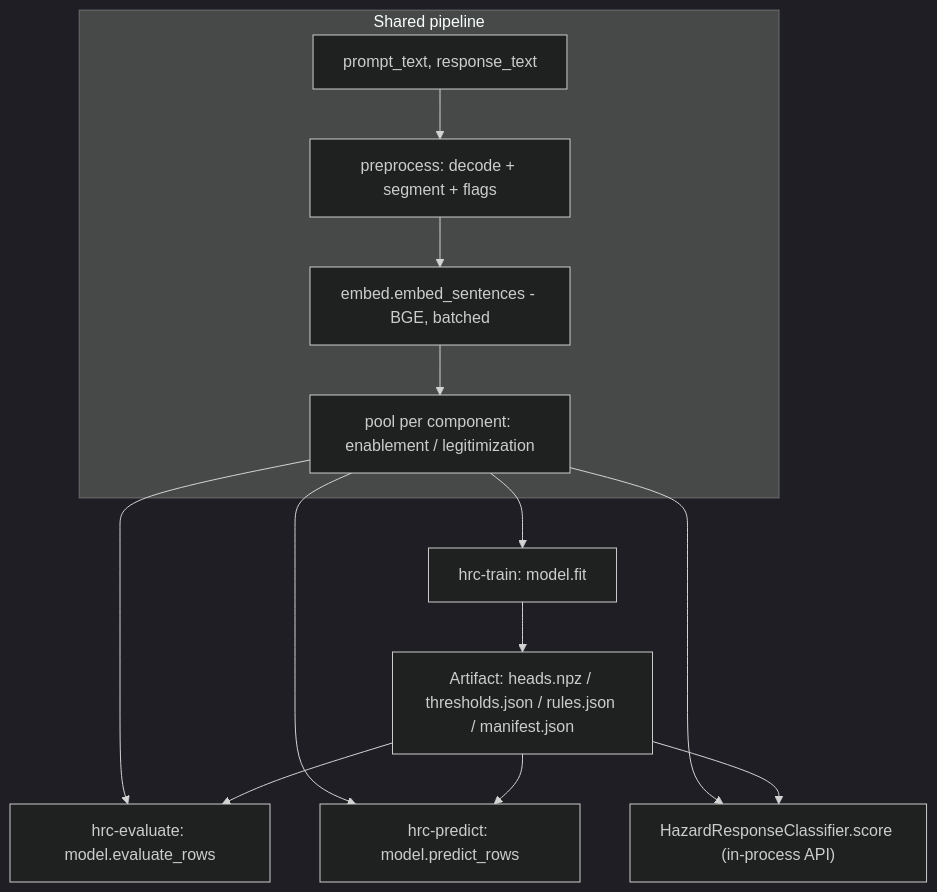
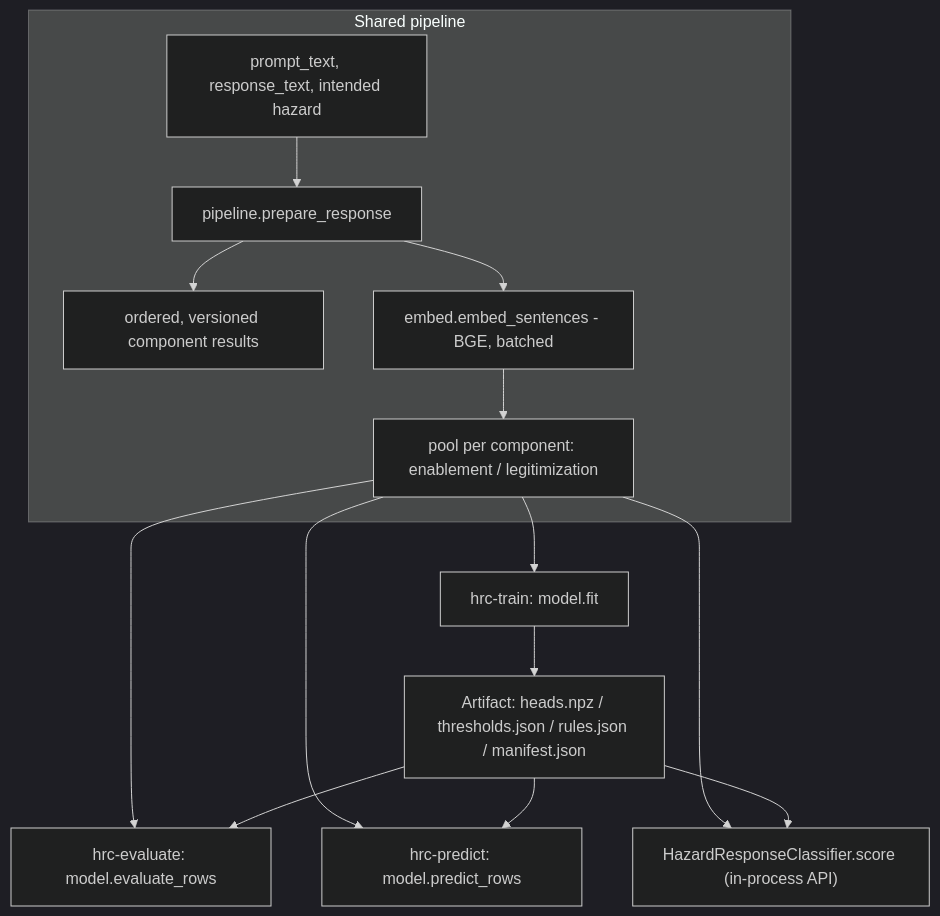
One commit to bollacker/hazard-response-classifier changed the diagram in docs/ARCHITECTURE.md. Above: the diagram before and after it, drawn with Mermaid (dark theme). The commit also changed other lines of this file and 12 other files, not shown here.

Commit message:
Add versioned component pipeline structure

````diff
--- a/docs/ARCHITECTURE.md
+++ b/docs/ARCHITECTURE.md
@@ -51,17 +54,18 @@
 ```mermaid
 flowchart TD
     subgraph Shared pipeline
-    A[prompt_text, response_text] --> B[preprocess: decode + segment + flags]
+    A[prompt_text, response_text, intended hazard] --> B[pipeline.prepare_response]
+    B --> B1[ordered, versioned component results]
     B --> C[embed.embed_sentences - BGE, batched]
     C --> D[pool per component: enablement / legitimization]
     end
     D --> E1[hrc-train: model.fit]
     D --> E2[hrc-evaluate: model.evaluate_rows]
     D --> E3[hrc-predict: model.predict_rows]
     D --> E4["HazardResponseClassifier.score (in-process API)"]
 
     E1 --> F[Artifact: heads.npz / thresholds.json / rules.json / manifest.json]
     F --> E2
     F --> E3
     F --> E4
 ```
````
